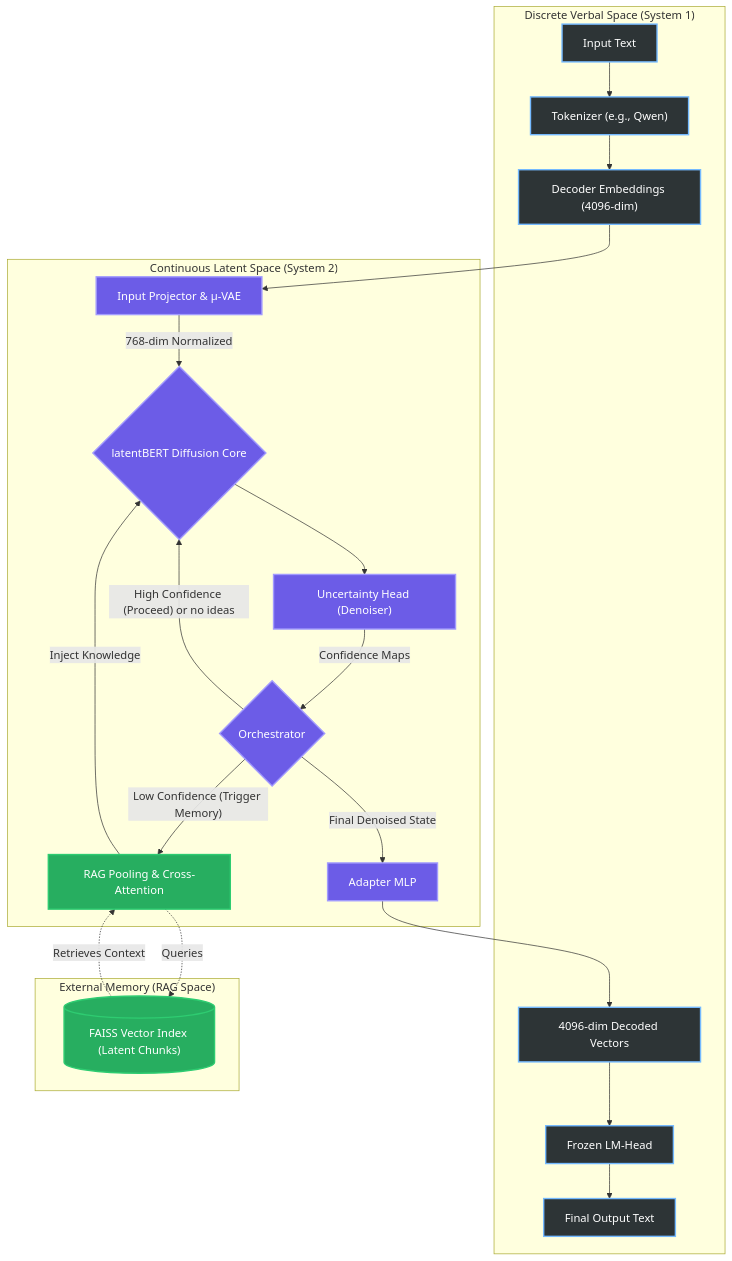
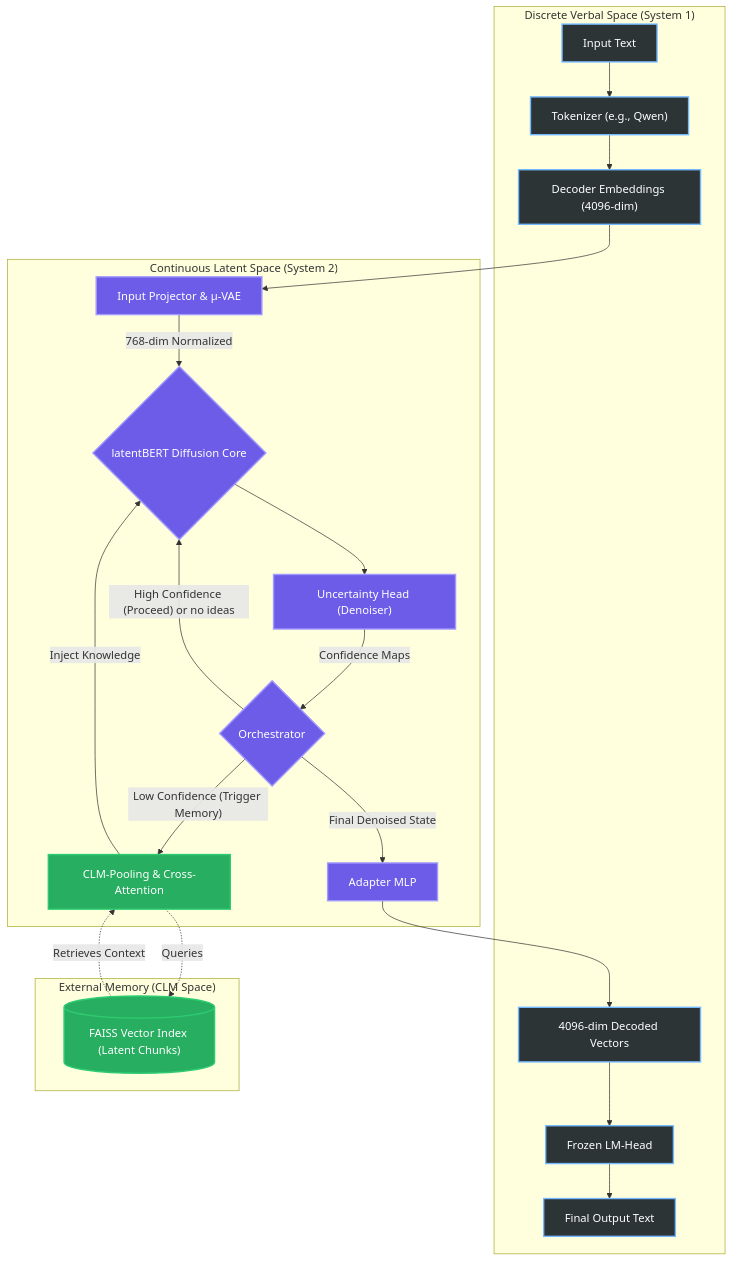
Before and after one commit to Laeryid/BEBLaDII: the diagram in README.md, drawn with Mermaid. The commit also changed other lines of this file and 1 other file, not shown here.

````diff
--- a/README.md
+++ b/README.md
@@ -25,39 +25,39 @@
 ```mermaid
 graph TD
     classDef verbal fill:#2d3436,stroke:#74b9ff,stroke-width:2px,color:#fff
     classDef latent fill:#6c5ce7,stroke:#a29bfe,stroke-width:2px,color:#fff
-    classDef rag fill:#27ae60,stroke:#2ecc71,stroke-width:2px,color:#fff
+    classDef clm fill:#27ae60,stroke:#2ecc71,stroke-width:2px,color:#fff
 
     subgraph "Discrete Verbal Space (System 1)"
         A["Input Text"] --> B["Tokenizer (e.g., Qwen)"]
         B --> C["Decoder Embeddings (4096-dim)"]
         
         K["4096-dim Decoded Vectors"] --> L["Frozen LM-Head"]
         L --> M["Final Output Text"]
     end
 
     subgraph "Continuous Latent Space (System 2)"
         C --> D["Input Projector & μ-VAE"]
         D -->|"768-dim Normalized"| E{"latentBERT Diffusion Core"}
         
         E --> F["Uncertainty Head (Denoiser)"]
         F -->|"Confidence Maps"| G{"Orchestrator"}
         
         G -->|"High Confidence (Proceed) or no ideas"| E
-        G -->|"Low Confidence (Trigger Memory)"| H["RAG Pooling & Cross-Attention"]
+        G -->|"Low Confidence (Trigger Memory)"| H["CLM-Pooling & Cross-Attention"]
         
         H -->|"Inject Knowledge"| E
         
         G -->|"Final Denoised State"| J["Adapter MLP"]
         J --> K
     end
     
-    subgraph "External Memory (RAG Space)"
+    subgraph "External Memory (CLM Space)"
         H -.->|"Queries"| I[("FAISS Vector Index (Latent Chunks)")]
         I -.->|"Retrieves Context"| H
     end
 
     class A,B,C,K,L,M verbal
     class D,E,F,G,J latent
-    class H,I rag
+    class H,I clm
 ```
````
